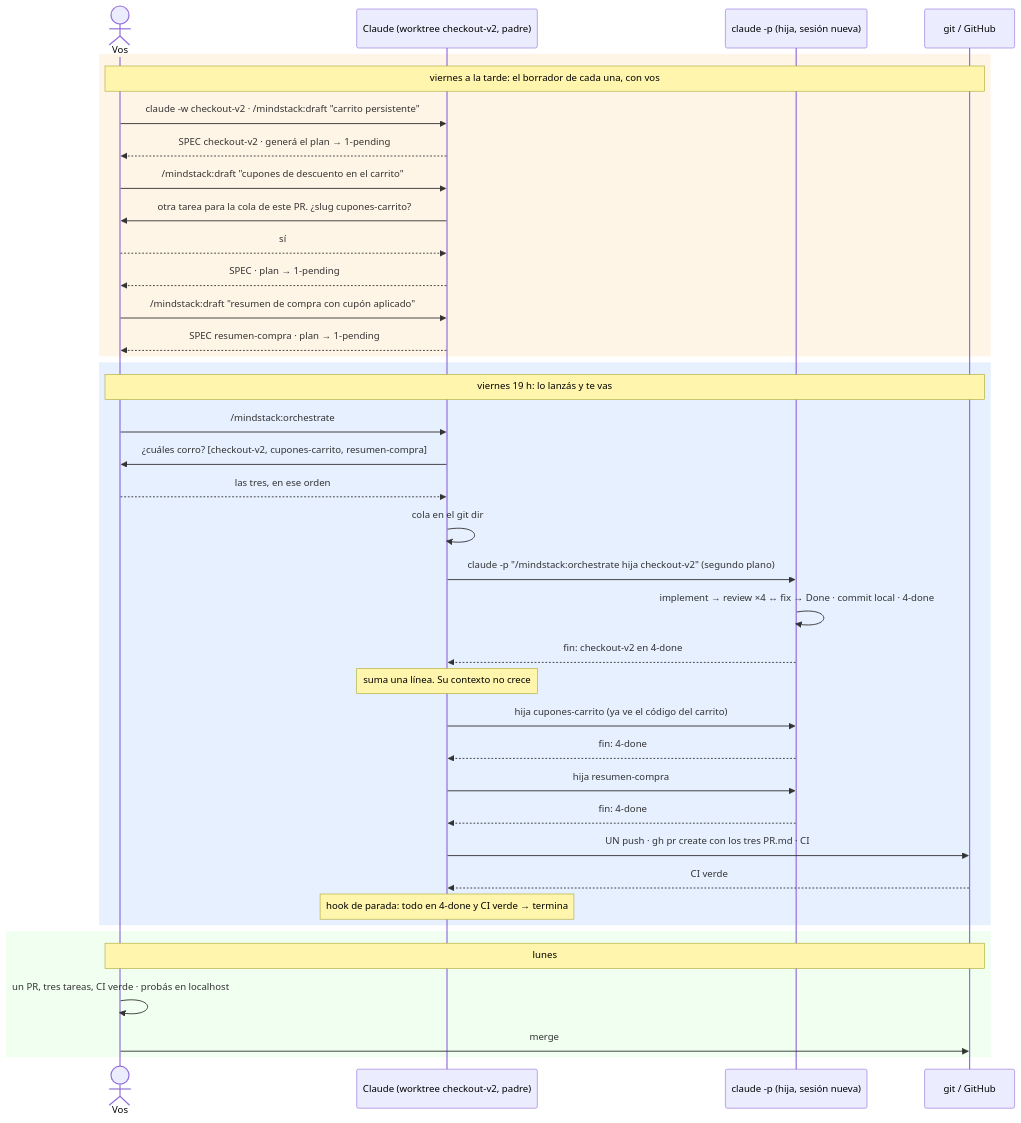
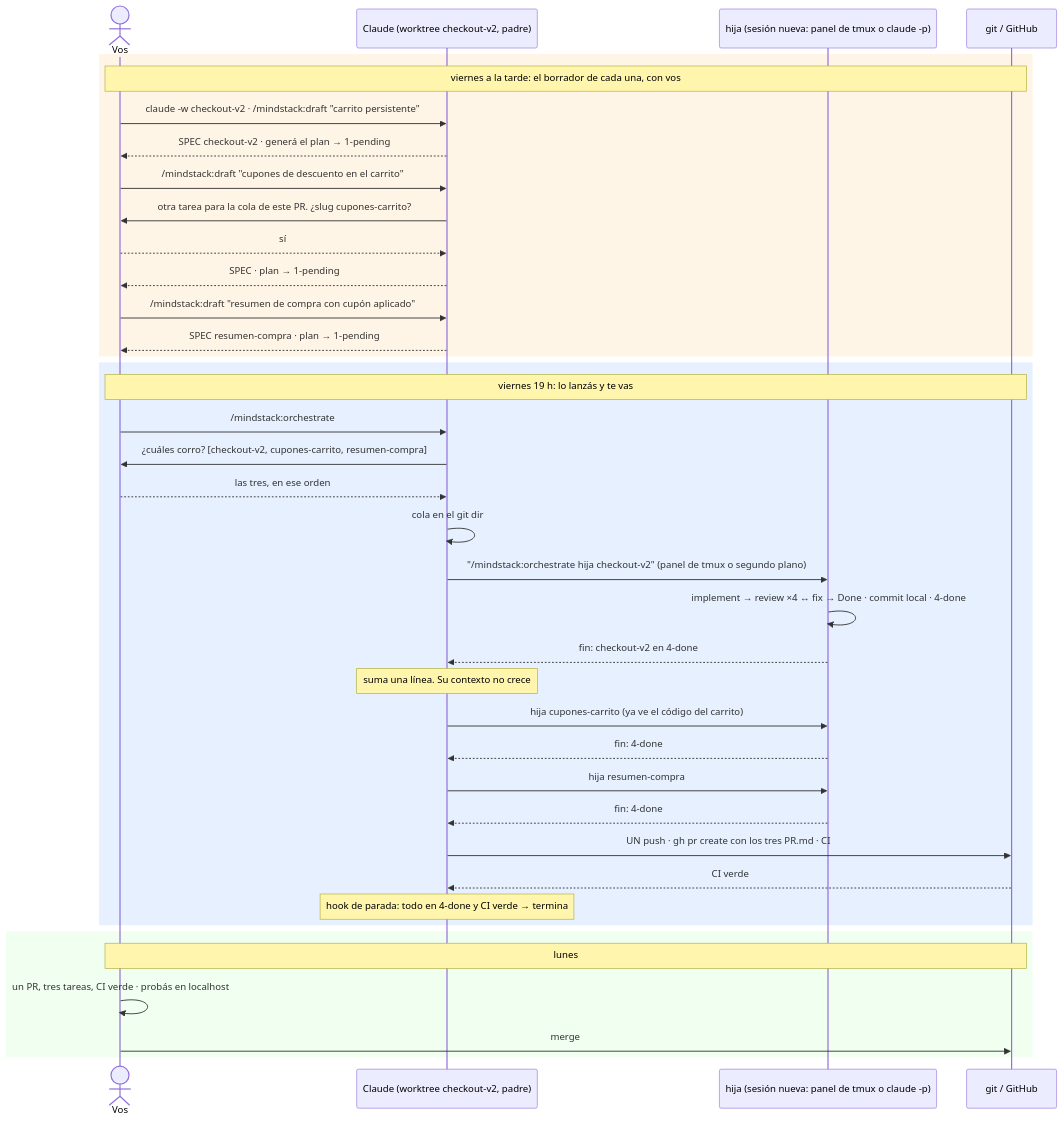
One commit to octavio-parozlabs/mindstack changed the first of 2 diagrams in use-cases/08-queue.md. Above: the diagram before and after it, drawn with Mermaid. The commit also changed other lines of this file and 3 other files, not shown here.

````diff
--- a/use-cases/08-queue.md
+++ b/use-cases/08-queue.md
@@ -5,44 +5,44 @@
 ```mermaid
 sequenceDiagram
     actor U as Vos
     participant O as Claude (worktree checkout-v2, padre)
-    participant H as claude -p (hija, sesión nueva)
+    participant H as hija (sesión nueva: panel de tmux o claude -p)
     participant G as git / GitHub
 
     rect rgb(255, 245, 230)
     Note over U,G: viernes a la tarde: el borrador de cada una, con vos
     U->>O: claude -w checkout-v2 · /mindstack:draft "carrito persistente"
     O-->>U: SPEC checkout-v2 · generá el plan → 1-pending
     U->>O: /mindstack:draft "cupones de descuento en el carrito"
     O->>U: otra tarea para la cola de este PR. ¿slug cupones-carrito?
     U-->>O: sí
     O-->>U: SPEC · plan → 1-pending
     U->>O: /mindstack:draft "resumen de compra con cupón aplicado"
     O-->>U: SPEC resumen-compra · plan → 1-pending
     end
 
     rect rgb(230, 240, 255)
     Note over U,G: viernes 19 h: lo lanzás y te vas
     U->>O: /mindstack:orchestrate
     O->>U: ¿cuáles corro? [checkout-v2, cupones-carrito, resumen-compra]
     U-->>O: las tres, en ese orden
     O->>O: cola en el git dir
-    O->>H: claude -p "/mindstack:orchestrate hija checkout-v2" (segundo plano)
+    O->>H: "/mindstack:orchestrate hija checkout-v2" (panel de tmux o segundo plano)
     H->>H: implement → review ×4 ↔ fix → Done · commit local · 4-done
     H-->>O: fin: checkout-v2 en 4-done
     Note over O: suma una línea. Su contexto no crece
     O->>H: hija cupones-carrito (ya ve el código del carrito)
     H-->>O: fin: 4-done
     O->>H: hija resumen-compra
     H-->>O: fin: 4-done
     O->>G: UN push · gh pr create con los tres PR.md · CI
     G-->>O: CI verde
     Note over O: hook de parada: todo en 4-done y CI verde → termina
     end
 
     rect rgb(240, 255, 240)
     Note over U,G: lunes
     U->>U: un PR, tres tareas, CI verde · probás en localhost
     U->>G: merge
     end
 ```
````
